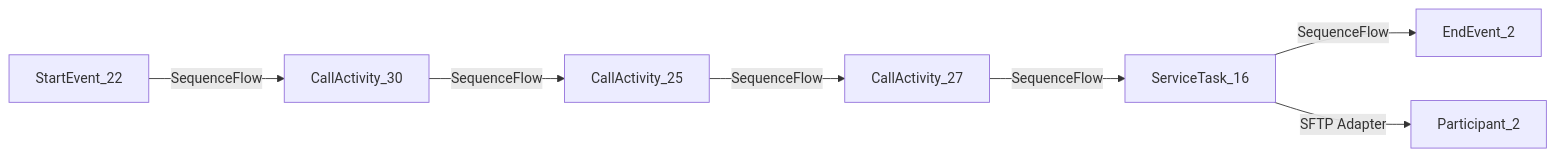
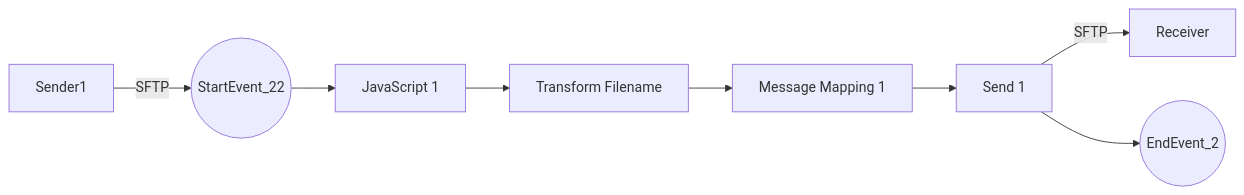
Before and after one commit to Avvale-IA-CICD/AvvaleCPI: the diagram in REPSOL - SFTP IFLOWS/Connectivity_test_UK2_SFTP_copy/1.0.1/readme.md, drawn with Mermaid. The commit also changed other lines of this file, not shown here.

Commit message:
docs: Add/update version README for REPSOL - SFTP IFLOWS/Connectivity_test_UK2_SFTP_copy/1.0.1

````diff
--- a/REPSOL - SFTP IFLOWS/Connectivity_test_UK2_SFTP_copy/1.0.1/readme.md
+++ b/REPSOL - SFTP IFLOWS/Connectivity_test_UK2_SFTP_copy/1.0.1/readme.md
@@ -9,9 +4,11 @@
 ```mermaid
 graph LR
-    StartEvent_22 -- SequenceFlow --> CallActivity_30
-    CallActivity_30 -- SequenceFlow --> CallActivity_25
-    CallActivity_25 -- SequenceFlow --> CallActivity_27
-    CallActivity_27 -- SequenceFlow --> ServiceTask_16
-    ServiceTask_16 -- SequenceFlow --> EndEvent_2
-    ServiceTask_16 -- SFTP Adapter --> Participant_2
+    Participant_21[Sender1]
+    Participant_21 -- SFTP --> StartEvent_22((StartEvent_22))
+    StartEvent_22 --> CallActivity_30[JavaScript 1]
+    CallActivity_30 --> CallActivity_25[Transform Filename]
+    CallActivity_25 --> CallActivity_27[Message Mapping 1]
+    CallActivity_27 --> ServiceTask_16[Send 1]
+    ServiceTask_16 -- SFTP --> Participant_2[Receiver]
+    ServiceTask_16 --> EndEvent_2((EndEvent_2))
 ```
````
